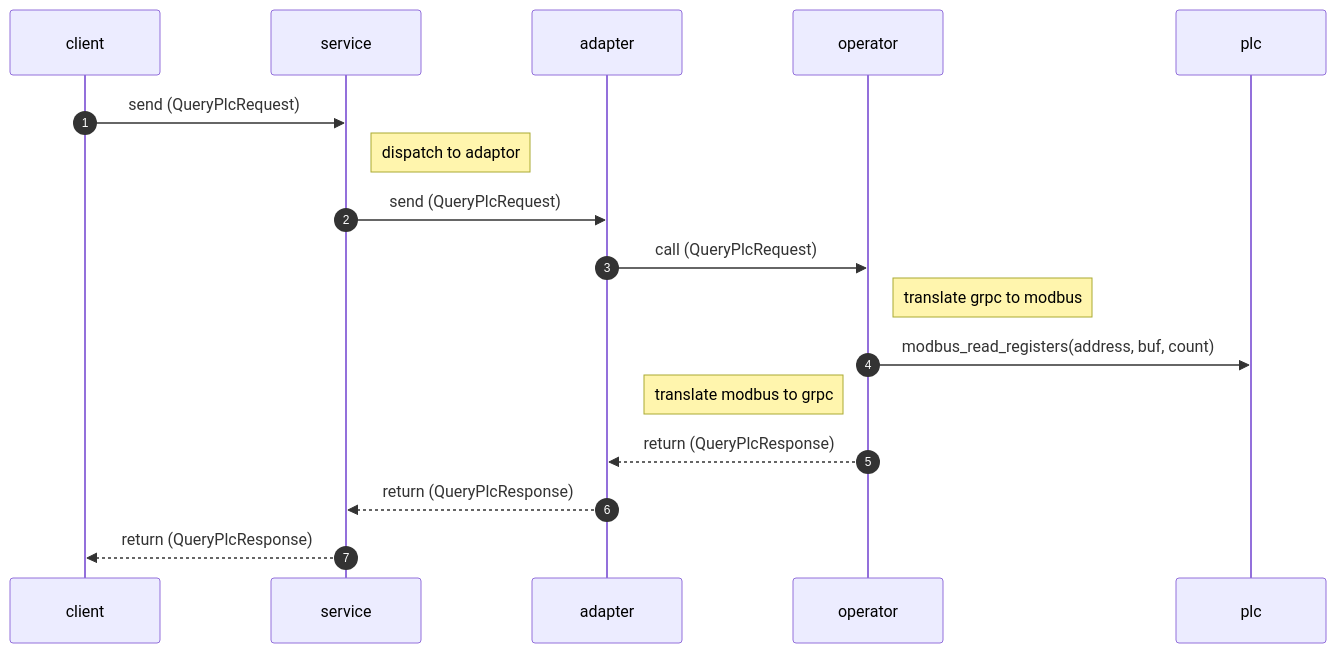
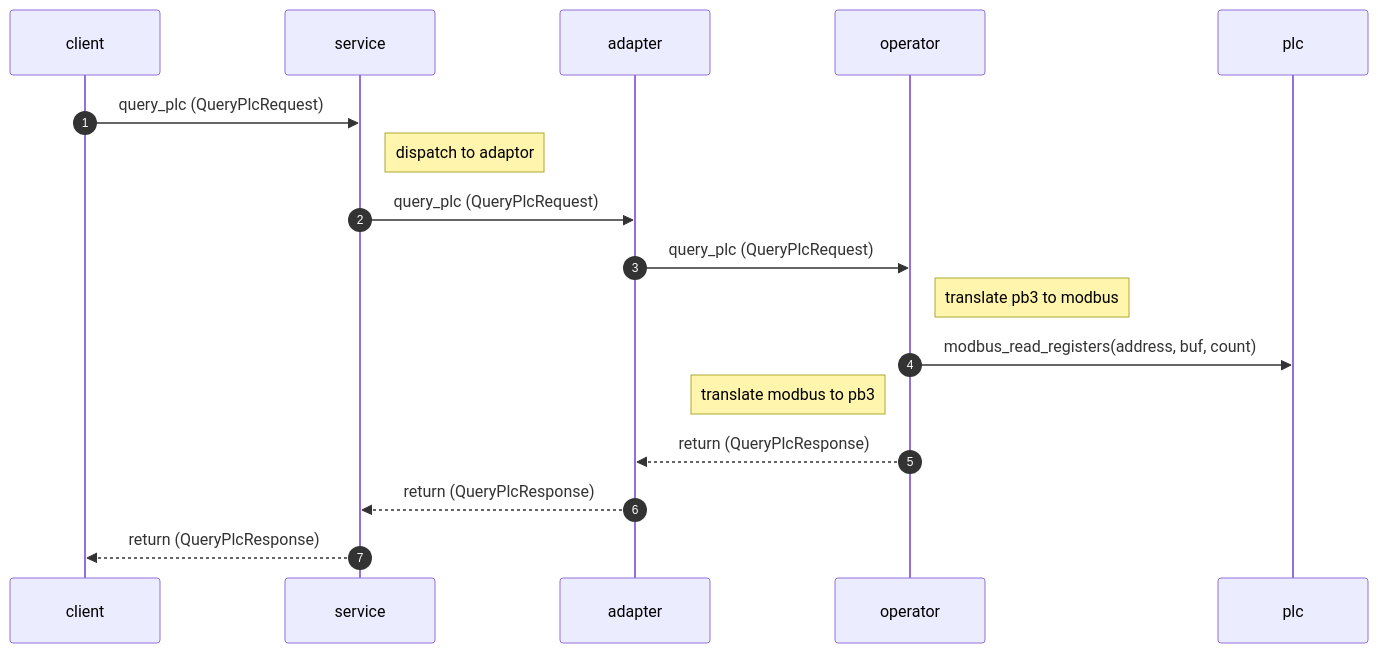
One commit to FutureOrientedGB/plc_control changed the sixth of 6 diagrams in README.md. Above: the diagram before and after it, drawn with Mermaid. The commit also changed other lines of this file and 12 other files, not shown here.

Commit message:
[plc_proto] define grpc and message

````diff
--- a/README.md
+++ b/README.md
@@ -68,20 +79,20 @@
 ```mermaid
 sequenceDiagram
     autonumber
     participant client
     participant service
     participant adapter
     participant operator
     participant plc
 
-client->>service: send (QueryPlcRequest)
+client->>service: query_plc (QueryPlcRequest)
 Note right of service: dispatch to adaptor
-service->>adapter: send (QueryPlcRequest)
-adapter->>operator: call (QueryPlcRequest)
-Note right of operator: translate grpc to modbus
+service->>adapter: query_plc (QueryPlcRequest)
+adapter->>operator: query_plc (QueryPlcRequest)
+Note right of operator: translate pb3 to modbus
 operator->>plc: modbus_read_registers(address, buf, count)
-Note left of operator: translate modbus to grpc
+Note left of operator: translate modbus to pb3
 operator-->>adapter: return (QueryPlcResponse)
 adapter-->>service: return (QueryPlcResponse)
 service-->>client: return (QueryPlcResponse)
 ```
````
